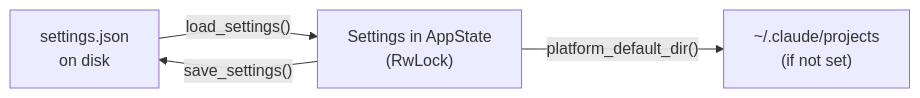
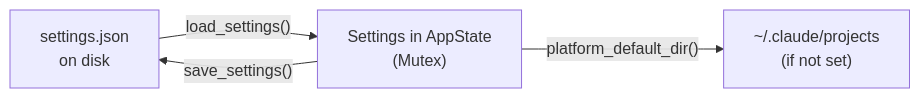
The ninth of 9 diagrams in specs/03-state-management.md (delexw/claude-code-trace), drawn with Mermaid before and after one commit. The commit also changed other lines of this file and 35 other files, not shown here.

````diff
--- a/specs/03-state-management.md
+++ b/specs/03-state-management.md
@@ -155,7 +253,7 @@
 ```mermaid
 flowchart LR
     FILE["settings.json\non disk"]
-    FILE -->|"load_settings()"| MEM["Settings in AppState\n(RwLock)"]
+    FILE -->|"load_settings()"| MEM["Settings in AppState\n(Mutex)"]
     MEM -->|"save_settings()"| FILE
     MEM -->|"platform_default_dir()"| DEF["~/.claude/projects\n(if not set)"]
 ```
````
